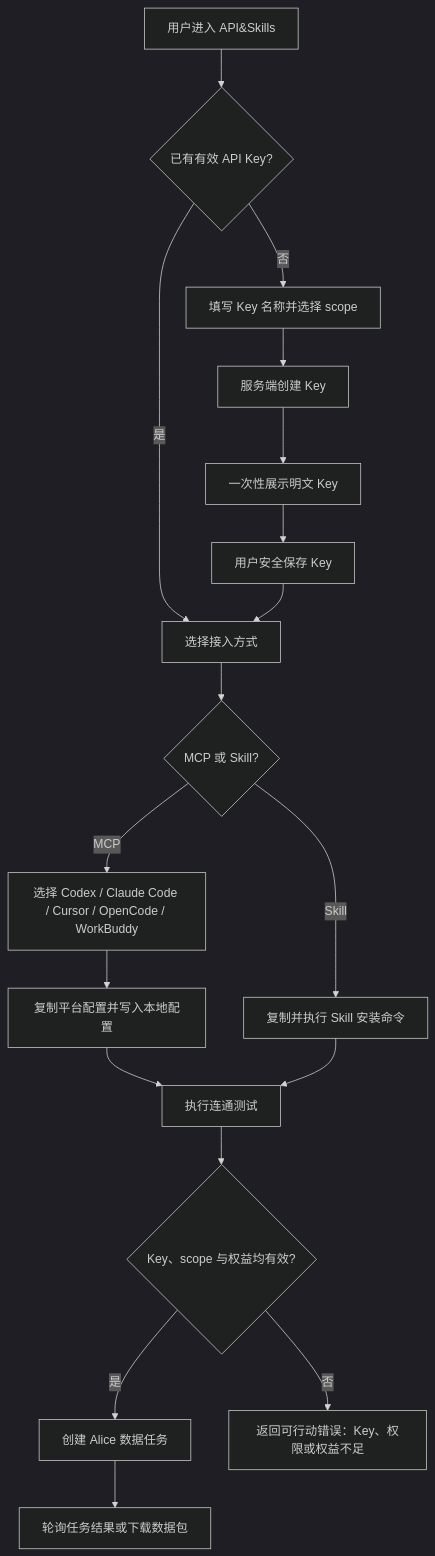
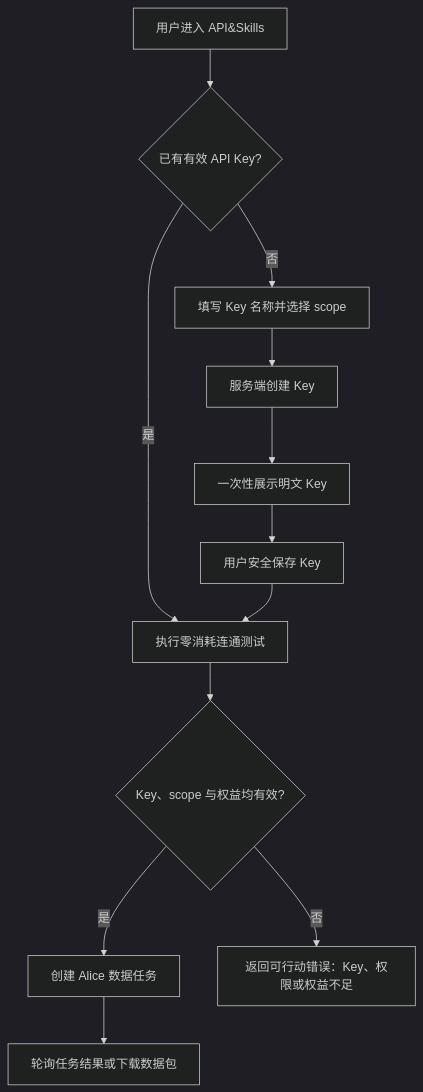
One commit to EarthMan00/data-agent-console changed the first of 4 diagrams in docs/Alice-API-Skills-费用与个人中心一期PRD.md. Above: the diagram before and after it, drawn with Mermaid (dark theme). The commit also changed other lines of this file and 1 other file, not shown here.

First line of the commit message:
docs: add Alice phase-1 PRD v1.2 and implementation plan

````diff
--- a/docs/Alice-API-Skills-费用与个人中心一期PRD.md
+++ b/docs/Alice-API-Skills-费用与个人中心一期PRD.md
@@ -92,20 +95,14 @@
 ```mermaid
 flowchart TD
     A[用户进入 API&Skills] --> B{已有有效 API Key?}
     B -- 否 --> C[填写 Key 名称并选择 scope]
     C --> D[服务端创建 Key]
     D --> E[一次性展示明文 Key]
     E --> F[用户安全保存 Key]
-    B -- 是 --> G[选择接入方式]
+    B -- 是 --> G[执行零消耗连通测试]
     F --> G
-    G --> H{MCP 或 Skill?}
-    H -- MCP --> I[选择 Codex / Claude Code / Cursor / OpenCode / WorkBuddy]
-    I --> J[复制平台配置并写入本地配置]
-    H -- Skill --> K[复制并执行 Skill 安装命令]
-    J --> L[执行连通测试]
-    K --> L
-    L --> M{Key、scope 与权益均有效?}
-    M -- 是 --> N[创建 Alice 数据任务]
-    N --> O[轮询任务结果或下载数据包]
-    M -- 否 --> P[返回可行动错误：Key、权限或权益不足]
+    G --> H{Key、scope 与权益均有效?}
+    H -- 是 --> I[创建 Alice 数据任务]
+    I --> J[轮询任务结果或下载数据包]
+    H -- 否 --> K[返回可行动错误：Key、权限或权益不足]
 ```
````
